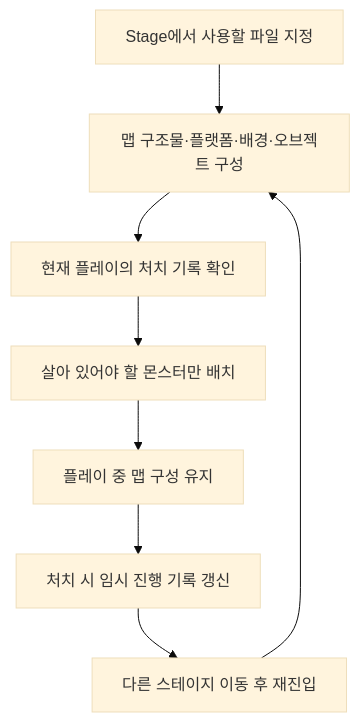
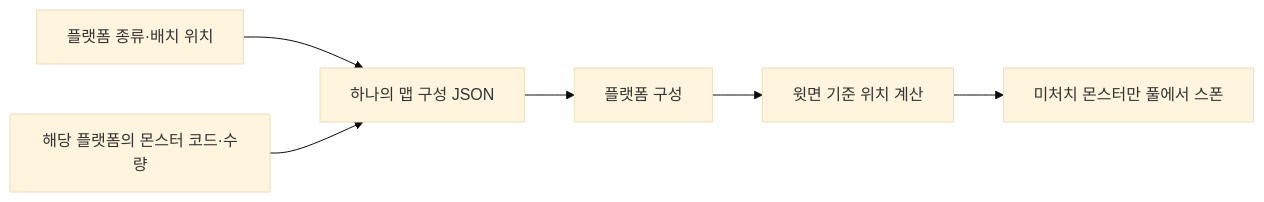
Before and after one commit to hyunho9228-web/DataSheet: the first of 5 diagrams in Docs/맵 구성과 몬스터 배치 데이터 제안서.md, drawn with Mermaid (base theme). The commit also changed other lines of this file and 1 other file, not shown here.

````diff
--- a/Docs/맵 구성과 몬스터 배치 데이터 제안서.md
+++ b/Docs/맵 구성과 몬스터 배치 데이터 제안서.md
@@ -23,10 +11,8 @@
 ```mermaid
-flowchart TD
-    A[Stage에서 사용할 파일 지정] --> B[맵 구조물·플랫폼·배경·오브젝트 구성]
-    B --> C[현재 플레이의 처치 기록 확인]
-    C --> D[살아 있어야 할 몬스터만 배치]
-    D --> E[플레이 중 맵 구성 유지]
-    E --> F[처치 시 임시 진행 기록 갱신]
-    F --> G[다른 스테이지 이동 후 재진입]
-    G --> B
+flowchart LR
+    A[플랫폼 종류·배치 위치] --> C[하나의 맵 구성 JSON]
+    B[해당 플랫폼의 몬스터 코드·수량] --> C
+    C --> D[플랫폼 구성]
+    D --> E[윗면 기준 위치 계산]
+    E --> F[미처치 몬스터만 풀에서 스폰]
 ```
````
